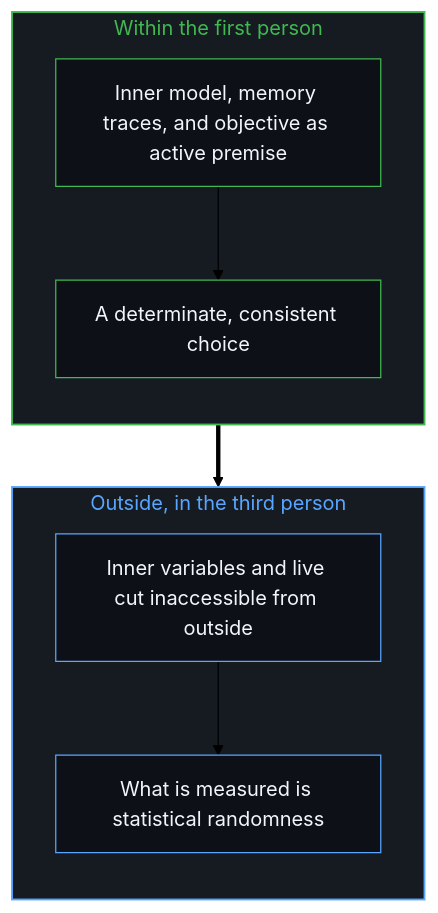
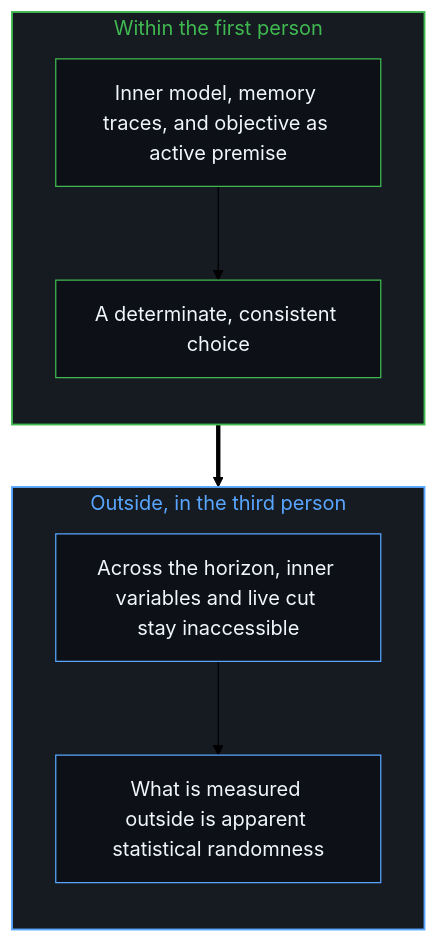
The second of 2 diagrams in content/posts/zi-you-de-ce-bu-zhun.md (powerpig99/not-a-toe), drawn with Mermaid (forest theme) before and after one commit. The commit also changed other lines of this file and 12 other files, not shown here.

````diff
--- a/content/posts/zi-you-de-ce-bu-zhun.md
+++ b/content/posts/zi-you-de-ce-bu-zhun.md
@@ -68,22 +68,22 @@
 ```mermaid
 flowchart TD
     subgraph S_In["Within the first person"]
         direction TB
         I1["Inner model, memory traces, and objective as active premise"]
         I2["A determinate, consistent choice"]
     end
     subgraph S_Out["Outside, in the third person"]
         direction TB
-        O1["Inner variables and live cut inaccessible from outside"]
-        O2["What is measured is statistical randomness"]
+        O1["Across the horizon, inner variables and live cut stay inaccessible"]
+        O2["What is measured outside is apparent statistical randomness"]
     end
     I1 --> I2
     I2 ==> O1
     O1 --> O2
     style S_In fill:#161b22,stroke:#3fb950,stroke-width:1.5px,color:#3fb950
     style S_Out fill:#161b22,stroke:#58a6ff,stroke-width:1.5px,color:#58a6ff
     style I1 fill:#0d1117,stroke:#3fb950,stroke-width:1px,color:#f0f6fc
     style I2 fill:#0d1117,stroke:#3fb950,stroke-width:1px,color:#f0f6fc
     style O1 fill:#0d1117,stroke:#58a6ff,stroke-width:1px,color:#f0f6fc
     style O2 fill:#0d1117,stroke:#58a6ff,stroke-width:1px,color:#f0f6fc
 ```
````
